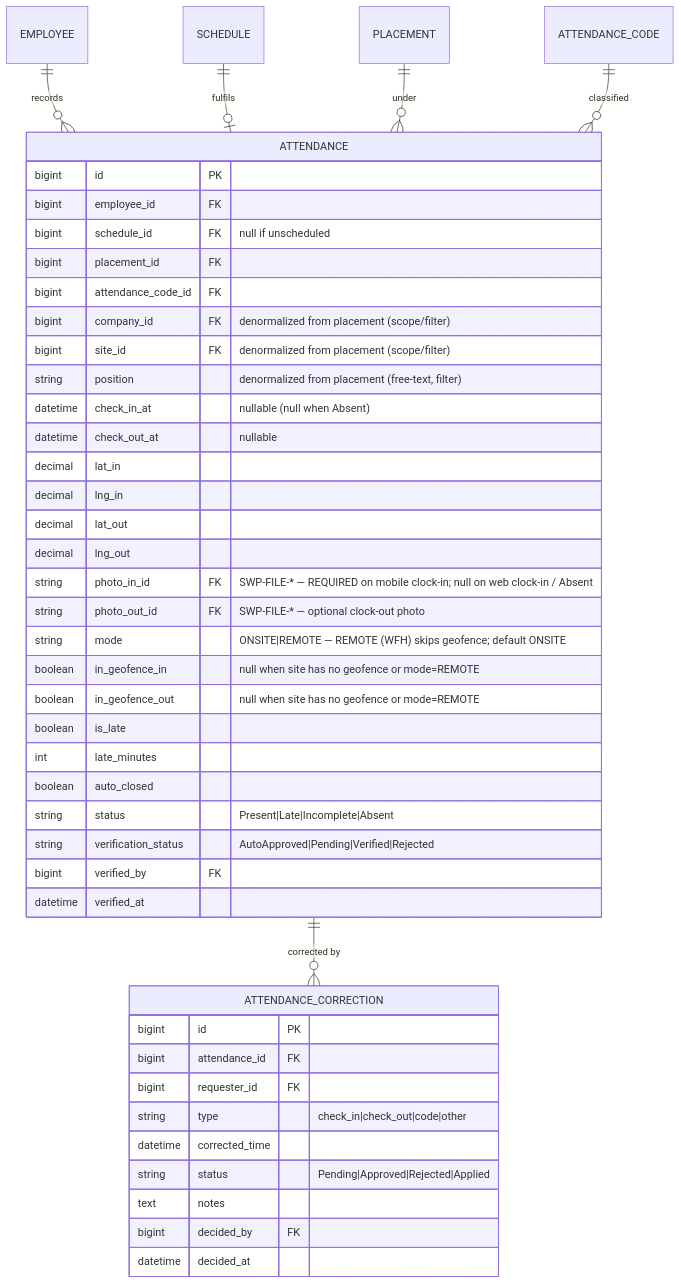
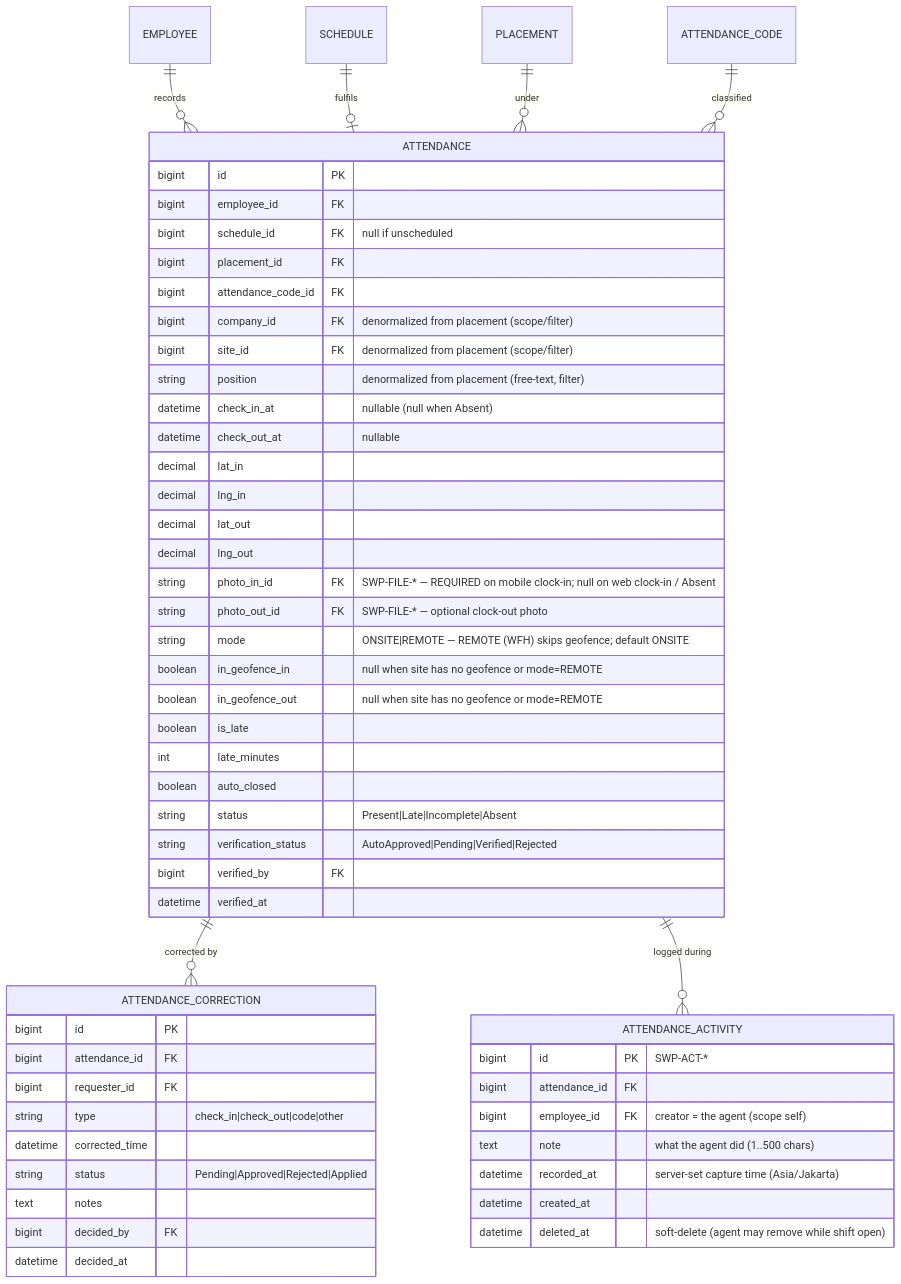
The first of 9 diagrams in docs/epics/E5-attendance/FEATURE.md (hariszaki17/hris-outsource), drawn with Mermaid before and after one commit. The commit also changed other lines of this file and 40 other files, not shown here.

First line of the commit message:
feat(e5,e10): attendance activity log + agent web calendar (#2)

````diff
--- a/docs/epics/E5-attendance/FEATURE.md
+++ b/docs/epics/E5-attendance/FEATURE.md
@@ -28,48 +28,58 @@
 ```mermaid
 erDiagram
     EMPLOYEE ||--o{ ATTENDANCE : "records"
     SCHEDULE ||--o| ATTENDANCE : "fulfils"
     PLACEMENT ||--o{ ATTENDANCE : "under"
     ATTENDANCE_CODE ||--o{ ATTENDANCE : "classified"
     ATTENDANCE ||--o{ ATTENDANCE_CORRECTION : "corrected by"
+    ATTENDANCE ||--o{ ATTENDANCE_ACTIVITY : "logged during"
 
     ATTENDANCE {
         bigint id PK
         bigint employee_id FK
         bigint schedule_id FK "null if unscheduled"
         bigint placement_id FK
         bigint attendance_code_id FK
         bigint company_id FK "denormalized from placement (scope/filter)"
         bigint site_id FK "denormalized from placement (scope/filter)"
         string position "denormalized from placement (free-text, filter)"
         datetime check_in_at "nullable (null when Absent)"
         datetime check_out_at "nullable"
         decimal lat_in
         decimal lng_in
         decimal lat_out
         decimal lng_out
         string photo_in_id FK "SWP-FILE-* — REQUIRED on mobile clock-in; null on web clock-in / Absent"
         string photo_out_id FK "SWP-FILE-* — optional clock-out photo"
         string mode "ONSITE|REMOTE — REMOTE (WFH) skips geofence; default ONSITE"
         boolean in_geofence_in "null when site has no geofence or mode=REMOTE"
         boolean in_geofence_out "null when site has no geofence or mode=REMOTE"
         boolean is_late
         int late_minutes
         boolean auto_closed
         string status "Present|Late|Incomplete|Absent"
         string verification_status "AutoApproved|Pending|Verified|Rejected"
         bigint verified_by FK
         datetime verified_at
     }
     ATTENDANCE_CORRECTION {
         bigint id PK
         bigint attendance_id FK
         bigint requester_id FK
         string type "check_in|check_out|code|other"
         datetime corrected_time
         string status "Pending|Approved|Rejected|Applied"
         text notes
         bigint decided_by FK
         datetime decided_at
     }
+    ATTENDANCE_ACTIVITY {
+        bigint id PK "SWP-ACT-*"
+        bigint attendance_id FK
+        bigint employee_id FK "creator = the agent (scope self)"
+        text note "what the agent did (1..500 chars)"
+        datetime recorded_at "server-set capture time (Asia/Jakarta)"
+        datetime created_at
+        datetime deleted_at "soft-delete (agent may remove while shift open)"
+    }
 ```
````
